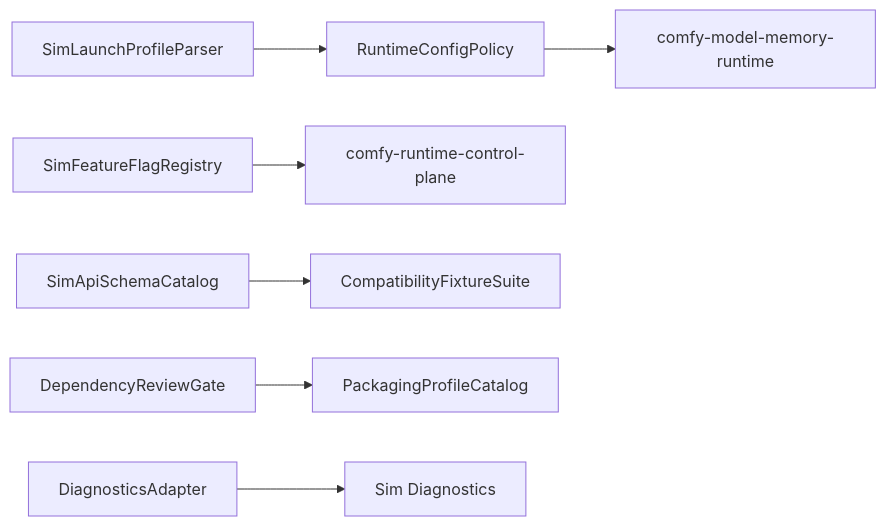
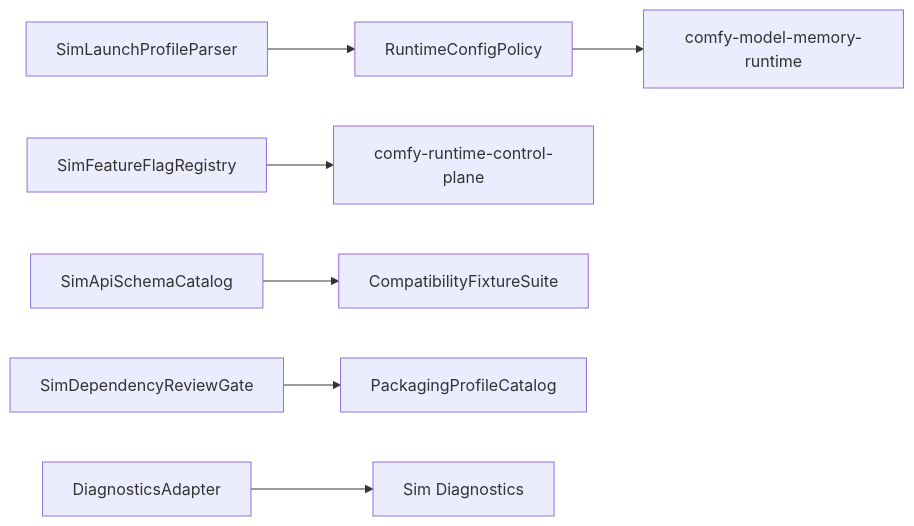
Before and after one commit to imagineerings/xor: the diagram in .agents/specs/godot-migration/comfy-packaging-quality/design.md, drawn with Mermaid. The commit also changed other lines of this file and 4 other files, not shown here.

First line of the commit message:
feat(world_model): add native Sim dependency review gate (#185)

````diff
--- a/.agents/specs/godot-migration/comfy-packaging-quality/design.md
+++ b/.agents/specs/godot-migration/comfy-packaging-quality/design.md
@@ -9,9 +9,9 @@
 ```mermaid
 flowchart LR
     Config[SimLaunchProfileParser] --> Policy[RuntimeConfigPolicy]
     Policy --> Model[comfy-model-memory-runtime]
     Flags[SimFeatureFlagRegistry] --> Runtime[comfy-runtime-control-plane]
     Schema[SimApiSchemaCatalog] --> Tests[CompatibilityFixtureSuite]
-    Deps[DependencyReviewGate] --> Packaging[PackagingProfileCatalog]
+    Deps[SimDependencyReviewGate] --> Packaging[PackagingProfileCatalog]
     Logs[DiagnosticsAdapter] --> SimDiag[Sim Diagnostics]
 ```
````
